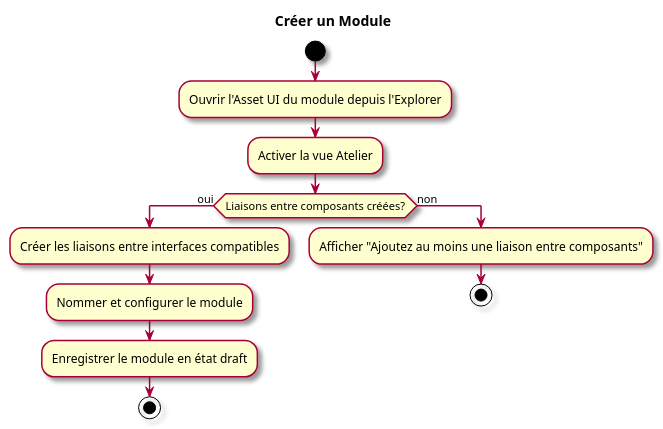
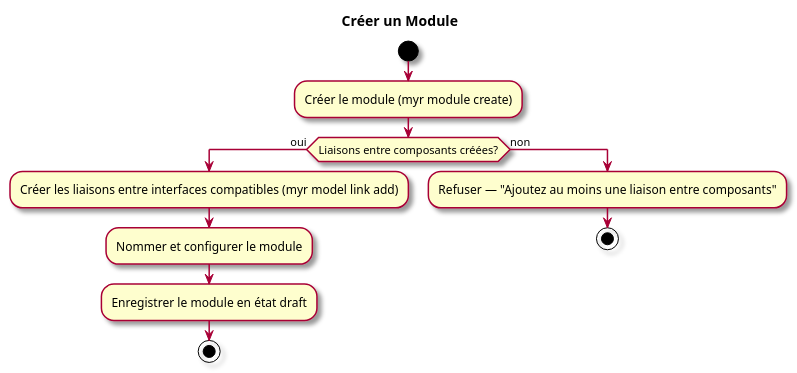
One commit to olivaux/myr changed the second of 2 diagrams in specs/1-Expression/UCMOD-Module/UCMOD01.md. Above: the diagram before and after it, drawn with PlantUML. The commit also changed other lines of this file and 65 other files, not shown here.

````diff
--- a/specs/1-Expression/UCMOD-Module/UCMOD01.md
+++ b/specs/1-Expression/UCMOD-Module/UCMOD01.md
@@ -69,18 +69,17 @@
 ```plantuml
 @startuml
 skin rose
 title Créer un Module
 start
-:Ouvrir l'Asset UI du module depuis l'Explorer;
-:Activer la vue Atelier;
+:Créer le module (myr module create);
 if (Liaisons entre composants créées?) then (oui)
-  :Créer les liaisons entre interfaces compatibles;
+  :Créer les liaisons entre interfaces compatibles (myr model link add);
   :Nommer et configurer le module;
   :Enregistrer le module en état draft;
   stop
 else (non)
-  :Afficher "Ajoutez au moins une liaison entre composants";
+  :Refuser — "Ajoutez au moins une liaison entre composants";
   stop
 endif
 @enduml
 ```
````
